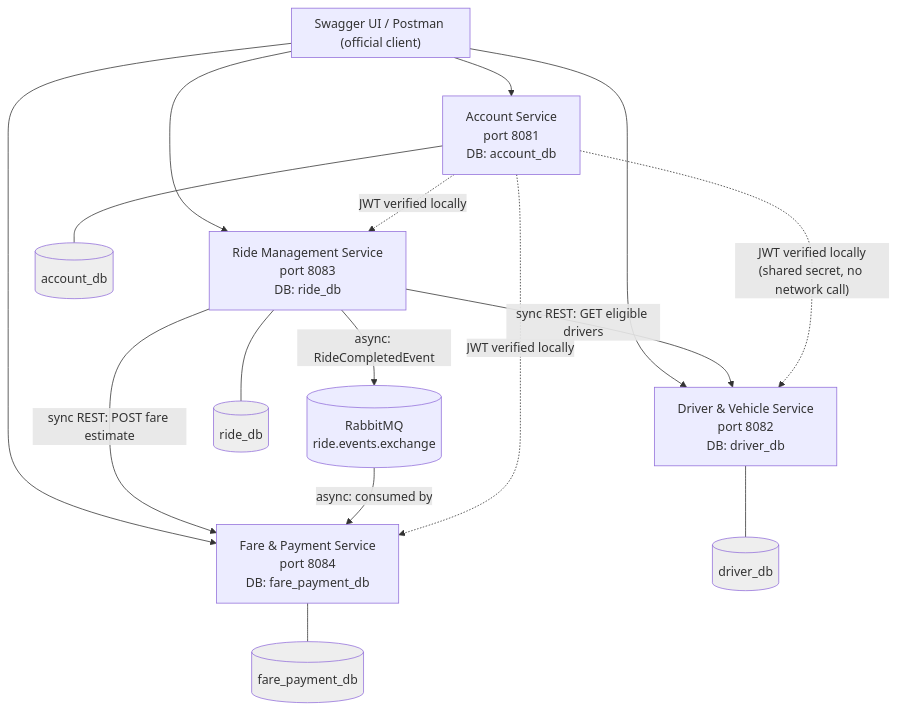
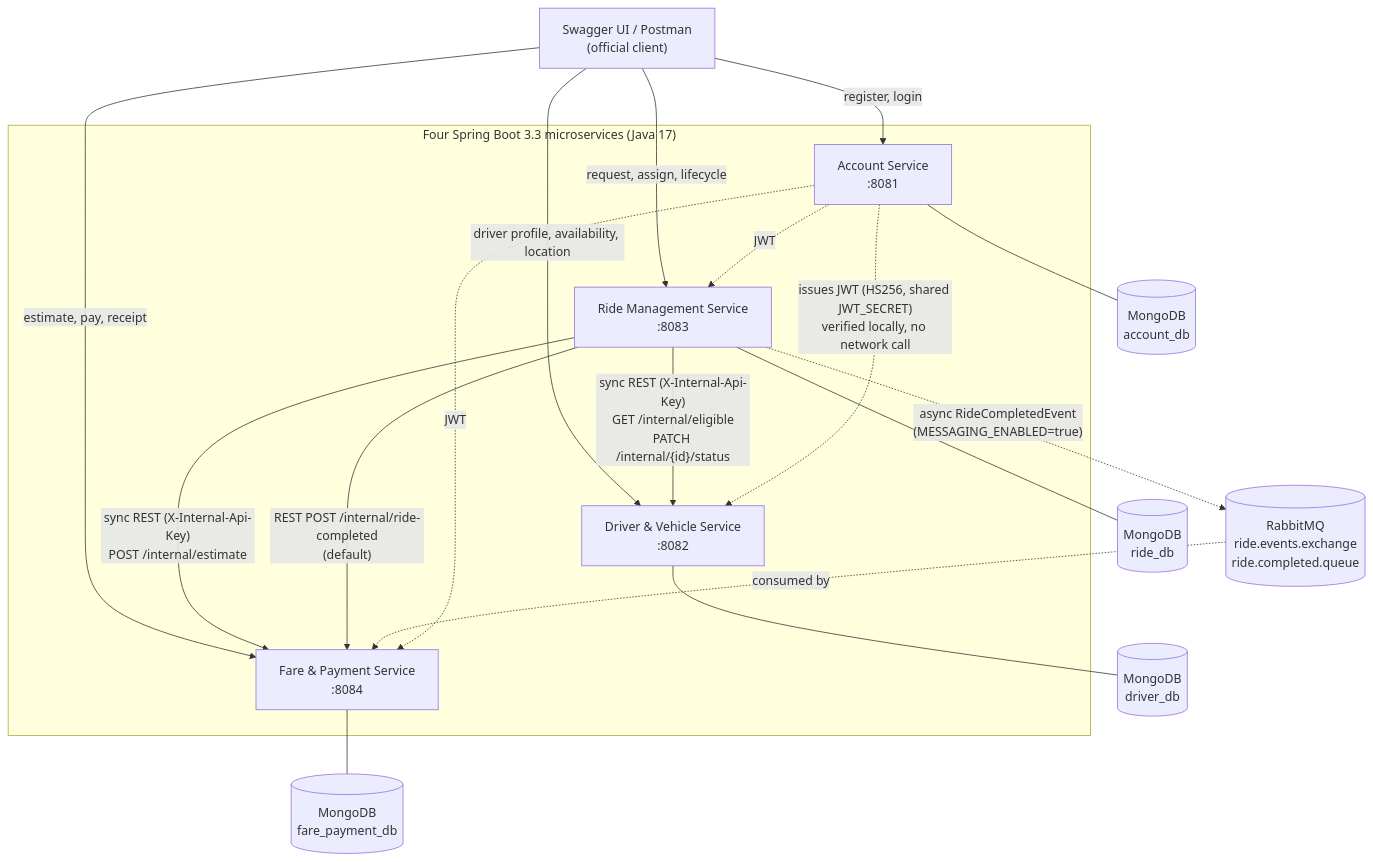
One commit to Rohana03/RideLink_AD changed the diagram in docs/architecture-diagram.md. Above: the diagram before and after it, drawn with Mermaid. The commit also changed other lines of this file, not shown here.

Commit message:
docs: update architecture diagram for MongoDB, real endpoints and communication styles

````diff
--- a/docs/architecture-diagram.md
+++ b/docs/architecture-diagram.md
@@ -6,29 +5,31 @@
 ```mermaid
 flowchart TB
-    subgraph Client["Swagger UI / Postman (official client)"]
+    Client["Swagger UI / Postman<br/>(official client)"]
+
+    Client -->|"register, login"| ACC
+    Client -->|"driver profile, availability, location"| DRV
+    Client -->|"request, assign, lifecycle"| RIDE
+    Client -->|"estimate, pay, receipt"| FARE
+
+    subgraph Services["Four Spring Boot 3.3 microservices (Java 17)"]
+        ACC["Account Service<br/>:8081"]
+        DRV["Driver & Vehicle Service<br/>:8082"]
+        RIDE["Ride Management Service<br/>:8083"]
+        FARE["Fare & Payment Service<br/>:8084"]
     end
 
-    Client --> ACC[Account Service<br/>port 8081<br/>DB: account_db]
-    Client --> DRV[Driver & Vehicle Service<br/>port 8082<br/>DB: driver_db]
-    Client --> RIDE[Ride Management Service<br/>port 8083<br/>DB: ride_db]
-    Client --> FARE[Fare & Payment Service<br/>port 8084<br/>DB: fare_payment_db]
+    RIDE -- "sync REST (X-Internal-Api-Key)<br/>GET /internal/eligible<br/>PATCH /internal/{id}/status" --> DRV
+    RIDE -- "sync REST (X-Internal-Api-Key)<br/>POST /internal/estimate" --> FARE
+    RIDE -- "REST POST /internal/ride-completed<br/>(default)" --> FARE
+    RIDE -. "async RideCompletedEvent<br/>(MESSAGING_ENABLED=true)" .-> MQ[("RabbitMQ<br/>ride.events.exchange<br/>ride.completed.queue")]
+    MQ -. "consumed by" .-> FARE
 
-    RIDE -- "sync REST: GET eligible drivers" --> DRV
-    RIDE -- "sync REST: POST fare estimate" --> FARE
-    RIDE -- "async: RideCompletedEvent" --> MQ[(RabbitMQ<br/>ride.events.exchange)]
-    MQ -- "async: consumed by" --> FARE
+    ACC -. "issues JWT (HS256, shared JWT_SECRET)<br/>verified locally, no network call" .-> DRV
+    ACC -. "JWT" .-> RIDE
+    ACC -. "JWT" .-> FARE
 
-    ACC -.->|"JWT verified locally<br/>(shared secret, no network call)"| DRV
-    ACC -.->|"JWT verified locally"| RIDE
-    ACC -.->|"JWT verified locally"| FARE
-
-    ACC --- ACCDB[(account_db)]
-    DRV --- DRVDB[(driver_db)]
-    RIDE --- RIDEDB[(ride_db)]
-    FARE --- FAREDB[(fare_payment_db)]
-
-    style ACCDB fill:#eee
-    style DRVDB fill:#eee
-    style RIDEDB fill:#eee
-    style FAREDB fill:#eee
+    ACC --- ACCDB[("MongoDB<br/>account_db")]
+    DRV --- DRVDB[("MongoDB<br/>driver_db")]
+    RIDE --- RIDEDB[("MongoDB<br/>ride_db")]
+    FARE --- FAREDB[("MongoDB<br/>fare_payment_db")]
 ```
````
